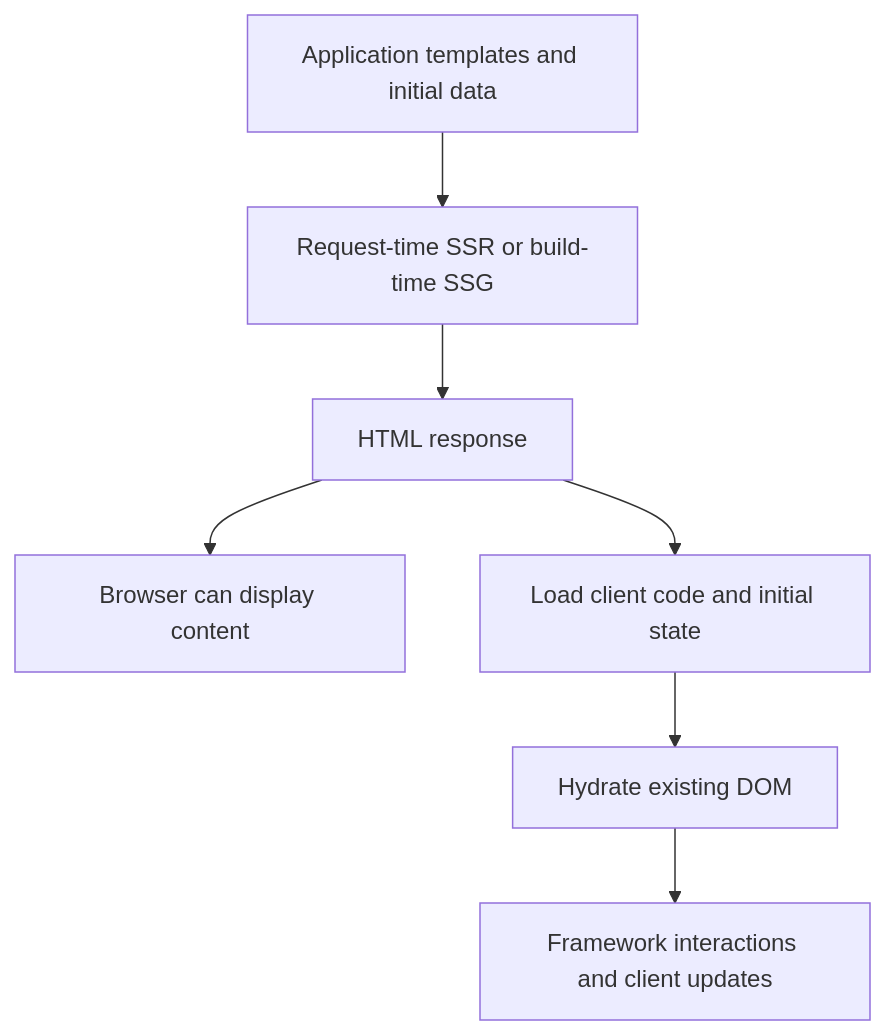
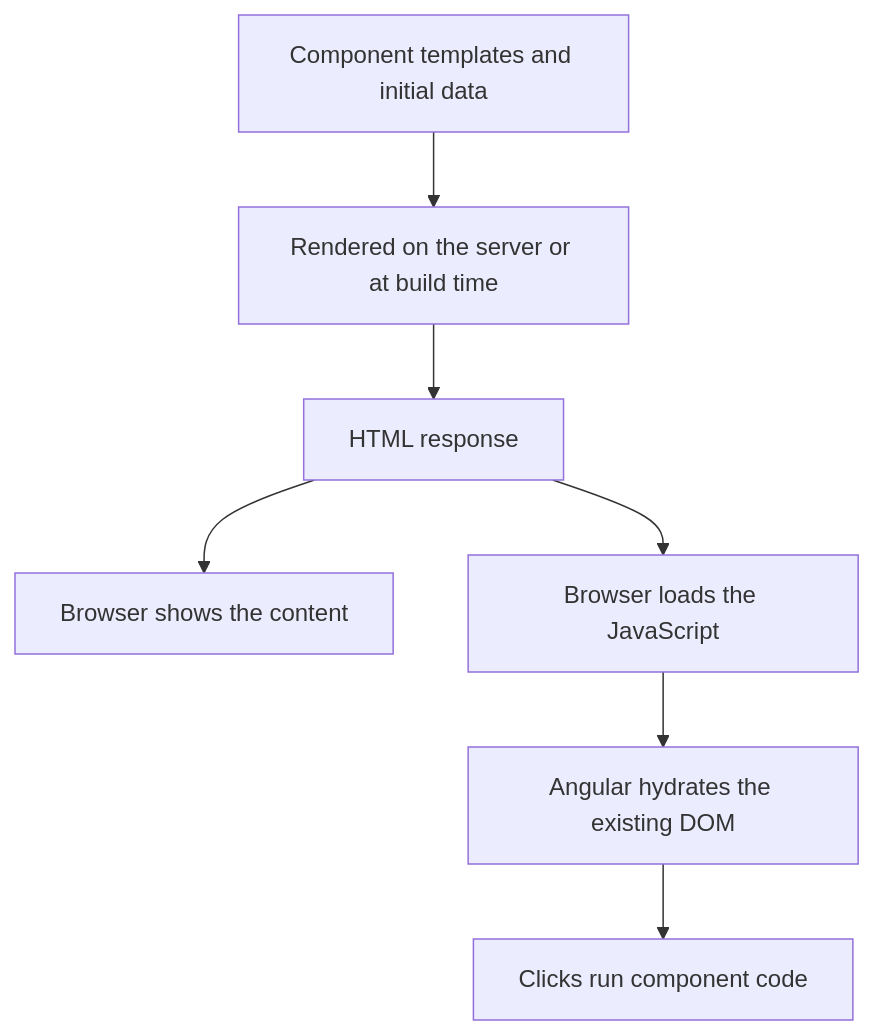
Before and after one commit to theo-matzavinos/dump: the fourth of 5 diagrams in src/content/blog/html-rendering-methods.md, drawn with Mermaid. The commit also changed other lines of this file and 24 other files, not shown here.

First line of the commit message:
Revise all articles for voice, junior readers, and flow

````diff
--- a/src/content/blog/html-rendering-methods.md
+++ b/src/content/blog/html-rendering-methods.md
@@ -226,9 +239,9 @@
 ```mermaid
 flowchart TD
-    A[Application templates and initial data] --> B[Request-time SSR or build-time SSG]
+    A[Component templates and initial data] --> B[Rendered on the server or at build time]
     B --> C[HTML response]
-    C --> D[Browser can display content]
-    C --> E[Load client code and initial state]
-    E --> F[Hydrate existing DOM]
-    F --> G[Framework interactions and client updates]
+    C --> D[Browser shows the content]
+    C --> E[Browser loads the JavaScript]
+    E --> F[Angular hydrates the existing DOM]
+    F --> G[Clicks run component code]
 ```
````
